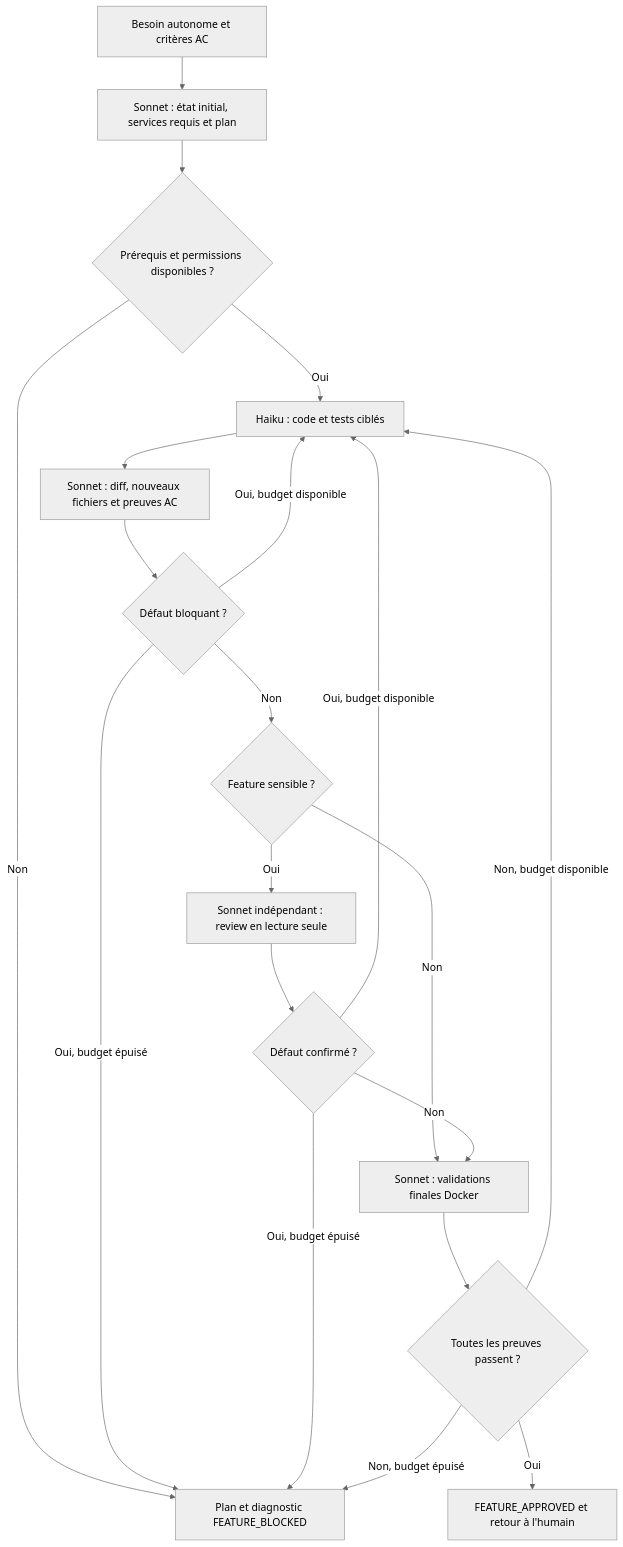
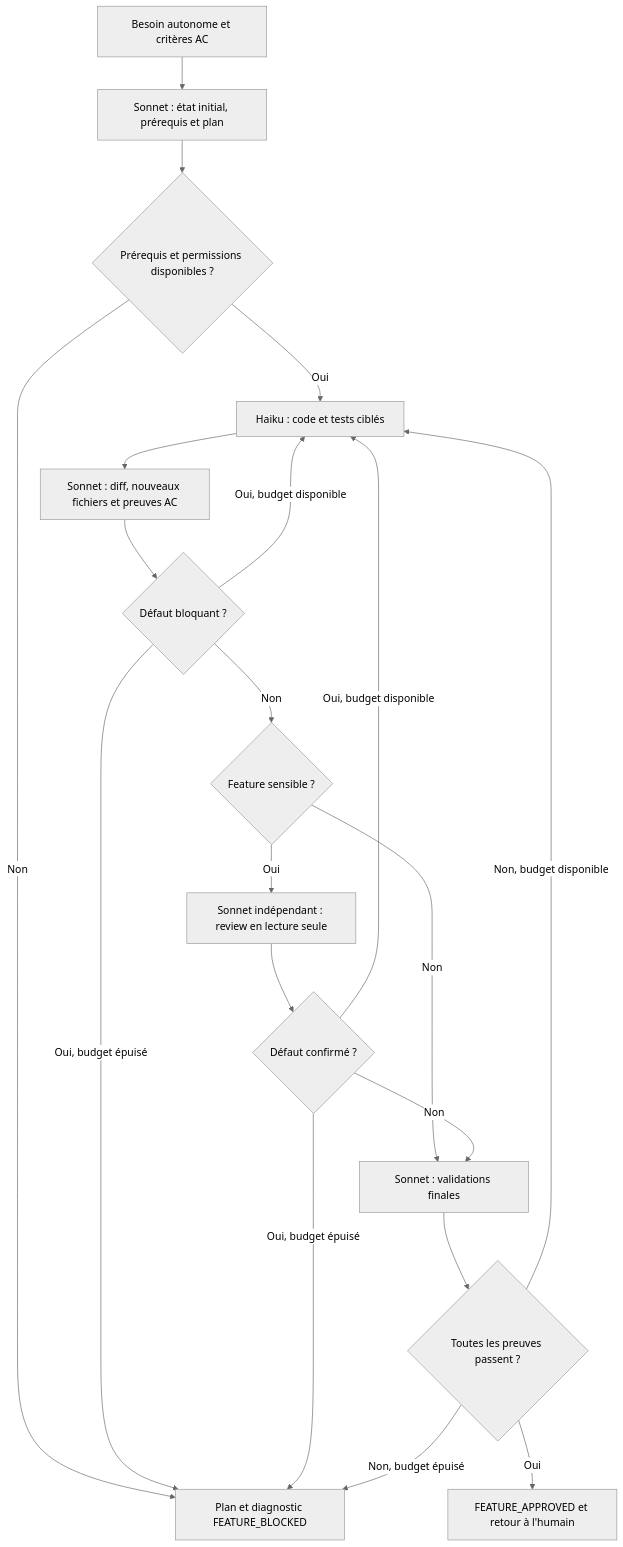
The diagram in how_ai_agents_works.md (bestpostmaster/ClaudeFlate), drawn with Mermaid (neutral theme) before and after one commit. The commit also changed other lines of this file and 16 other files, not shown here.

````diff
--- a/how_ai_agents_works.md
+++ b/how_ai_agents_works.md
@@ -15,22 +18,22 @@
 ```mermaid
 flowchart TD
-    U[Besoin autonome et critères AC] --> P[Sonnet : état initial, services requis et plan]
+    U[Besoin autonome et critères AC] --> P[Sonnet : état initial, prérequis et plan]
     P --> D{Prérequis et permissions disponibles ?}
     D -->|Non| B[Plan et diagnostic FEATURE_BLOCKED]
     D -->|Oui| H[Haiku : code et tests ciblés]
     H --> R[Sonnet : diff, nouveaux fichiers et preuves AC]
     R --> C{Défaut bloquant ?}
     C -->|Oui, budget disponible| H
     C -->|Oui, budget épuisé| B
     C -->|Non| I{Feature sensible ?}
     I -->|Oui| Q[Sonnet indépendant : review en lecture seule]
-    I -->|Non| G[Sonnet : validations finales Docker]
+    I -->|Non| G[Sonnet : validations finales]
     Q --> V{Défaut confirmé ?}
     V -->|Oui, budget disponible| H
     V -->|Oui, budget épuisé| B
     V -->|Non| G
     G --> T{Toutes les preuves passent ?}
     T -->|Oui| A[FEATURE_APPROVED et retour à l'humain]
     T -->|Non, budget disponible| H
     T -->|Non, budget épuisé| B
 ```
````
